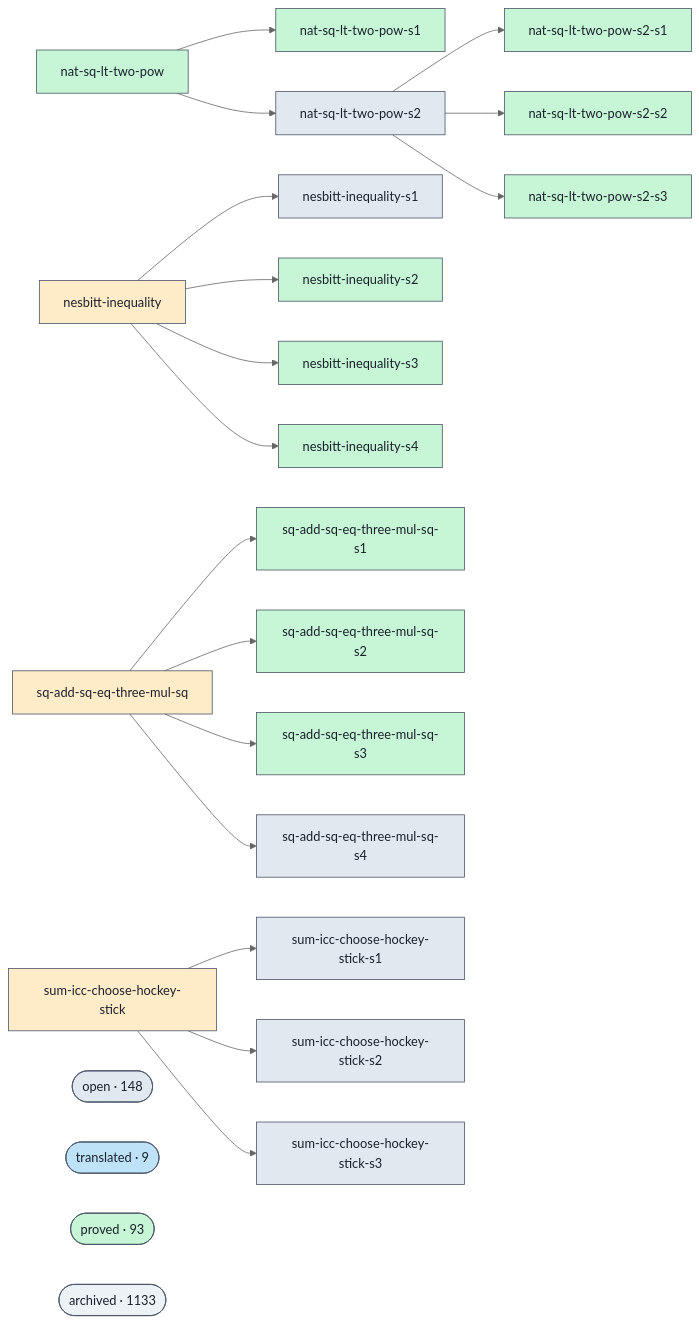
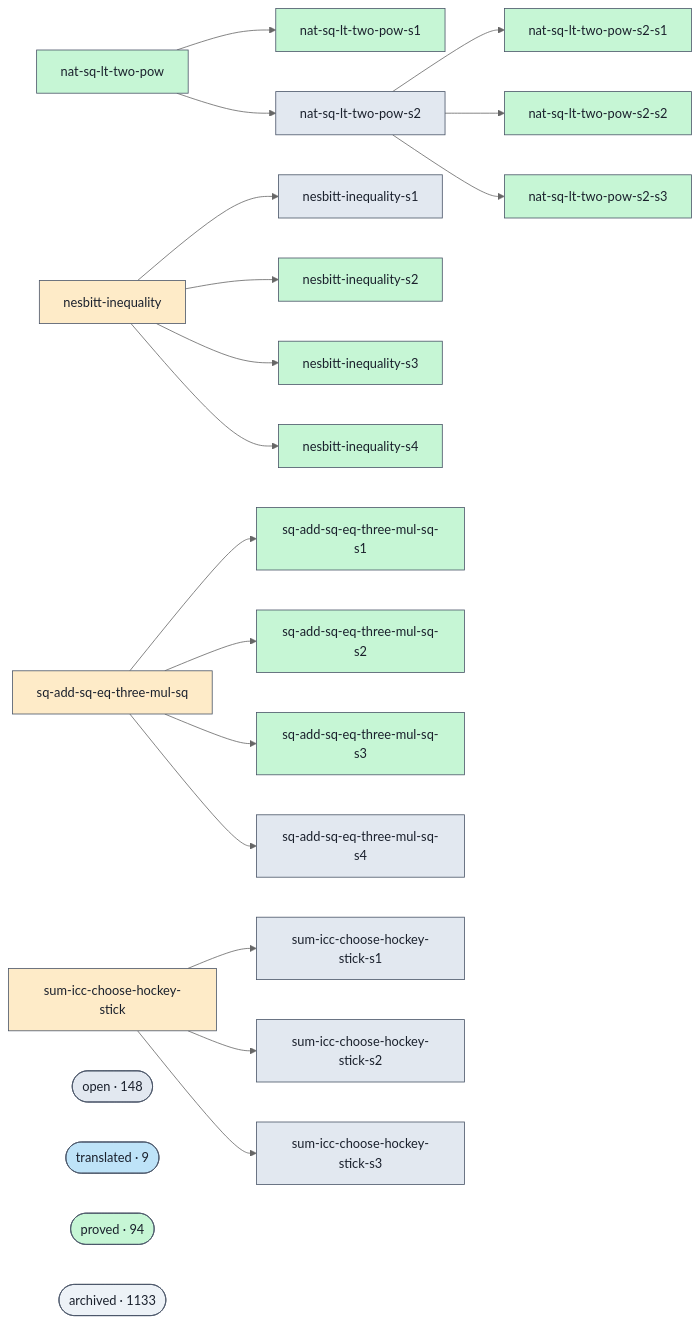
Before and after one commit to ohdearquant/unsorry: the diagram in docs/proofs-contributors-visualisation.md, drawn with Mermaid (neutral theme). The commit also changed other lines of this file and 2 other files, not shown here.

```diff
--- a/docs/proofs-contributors-visualisation.md
+++ b/docs/proofs-contributors-visualisation.md
@@ -102,7 +102,7 @@
   class cluster_open open;
   cluster_translated(["translated · 9"])
   class cluster_translated translated;
-  cluster_proved(["proved · 93"])
+  cluster_proved(["proved · 94"])
   class cluster_proved proved;
   cluster_archived(["archived · 1133"])
   class cluster_archived unknown;
```
